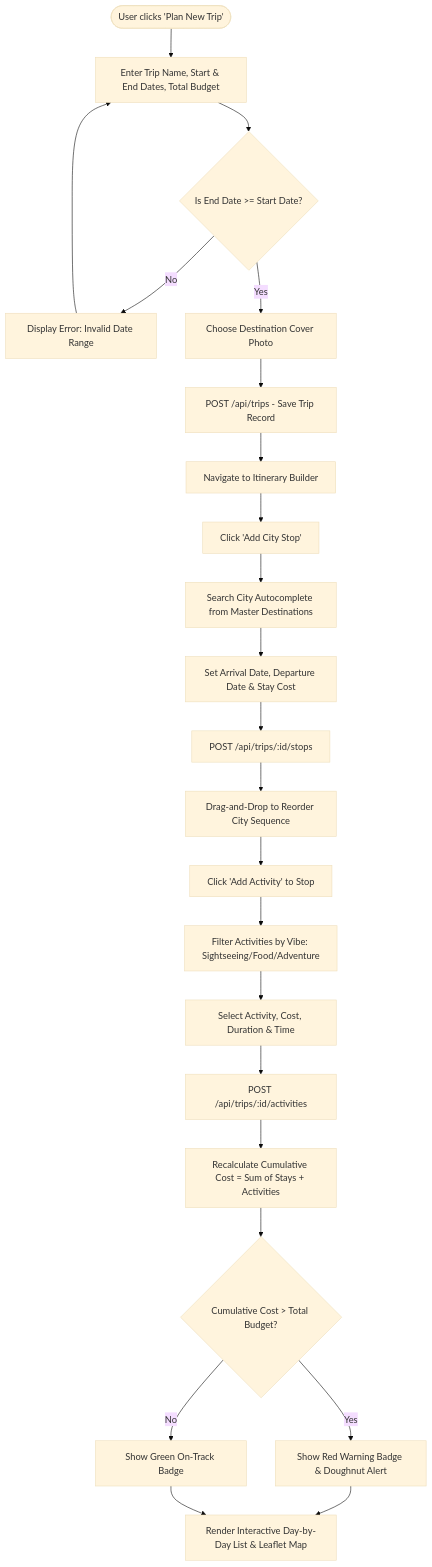
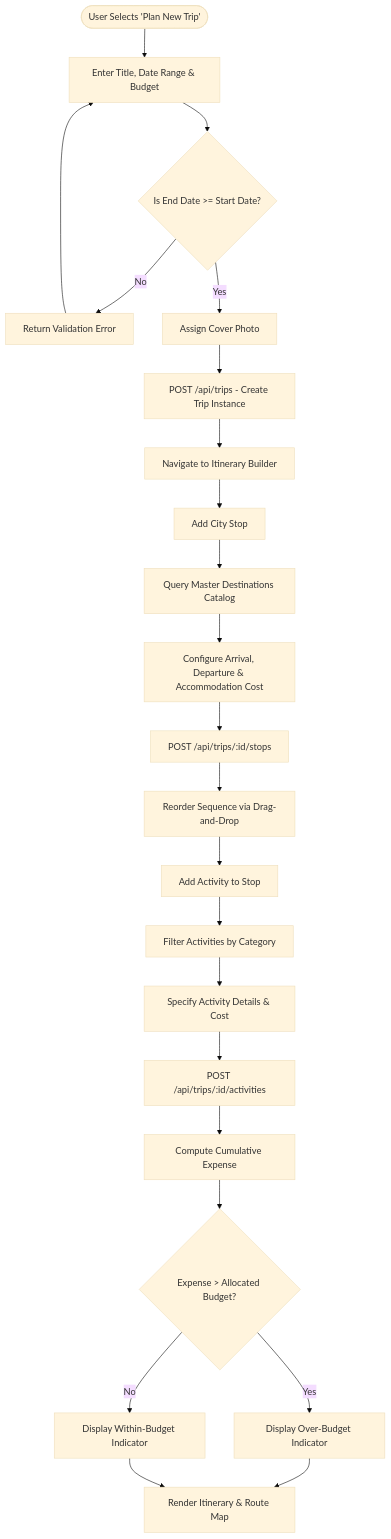
Before and after one commit to anandK-S/GlobeTrotter: the third of 5 diagrams in FLOWCHART.md, drawn with Mermaid (base theme). The commit also changed other lines of this file and 1 other file, not shown here.

Commit message:
docs: update architectural documentation and flowcharts for production submission

````diff
--- a/FLOWCHART.md
+++ b/FLOWCHART.md
@@ -99,27 +99,27 @@
 ```mermaid
 flowchart TD
-    Start([User clicks 'Plan New Trip']) --> Step1[Enter Trip Name, Start & End Dates, Total Budget]
+    Start([User Selects 'Plan New Trip']) --> Step1[Enter Title, Date Range & Budget]
     Step1 --> ValidateDates{Is End Date >= Start Date?}
-    ValidateDates -- No --> DateError[Display Error: Invalid Date Range] --> Step1
-    ValidateDates -- Yes --> SelectCover[Choose Destination Cover Photo]
-    SelectCover --> CreateTrip[POST /api/trips - Save Trip Record]
+    ValidateDates -- No --> DateError[Return Validation Error] --> Step1
+    ValidateDates -- Yes --> SelectCover[Assign Cover Photo]
+    SelectCover --> CreateTrip[POST /api/trips - Create Trip Instance]
     
     CreateTrip --> Builder[Navigate to Itinerary Builder]
-    Builder --> AddStop[Click 'Add City Stop']
-    AddStop --> SearchCity[Search City Autocomplete from Master Destinations]
-    SearchCity --> SetDuration[Set Arrival Date, Departure Date & Stay Cost]
+    Builder --> AddStop[Add City Stop]
+    AddStop --> SearchCity[Query Master Destinations Catalog]
+    SearchCity --> SetDuration[Configure Arrival, Departure & Accommodation Cost]
     SetDuration --> SaveStop[POST /api/trips/:id/stops]
     
-    SaveStop --> ReorderStops[Drag-and-Drop to Reorder City Sequence]
-    ReorderStops --> AddActivity[Click 'Add Activity' to Stop]
-    AddActivity --> CatalogSearch[Filter Activities by Vibe: Sightseeing/Food/Adventure]
-    CatalogSearch --> SelectActivity[Select Activity, Cost, Duration & Time]
+    SaveStop --> ReorderStops[Reorder Sequence via Drag-and-Drop]
+    ReorderStops --> AddActivity[Add Activity to Stop]
+    AddActivity --> CatalogSearch[Filter Activities by Category]
+    CatalogSearch --> SelectActivity[Specify Activity Details & Cost]
     SelectActivity --> SaveActivity[POST /api/trips/:id/activities]
     
-    SaveActivity --> Recalc[Recalculate Cumulative Cost = Sum of Stays + Activities]
-    Recalc --> BudgetCheck{Cumulative Cost > Total Budget?}
-    BudgetCheck -- Yes --> OverBudget[Show Red Warning Badge & Doughnut Alert]
-    BudgetCheck -- No --> NormalBudget[Show Green On-Track Badge]
+    SaveActivity --> Recalc[Compute Cumulative Expense]
+    Recalc --> BudgetCheck{Expense > Allocated Budget?}
+    BudgetCheck -- Yes --> OverBudget[Display Over-Budget Indicator]
+    BudgetCheck -- No --> NormalBudget[Display Within-Budget Indicator]
     
-    OverBudget & NormalBudget --> FinalView[Render Interactive Day-by-Day List & Leaflet Map]
+    OverBudget & NormalBudget --> FinalView[Render Itinerary & Route Map]
 ```
````
